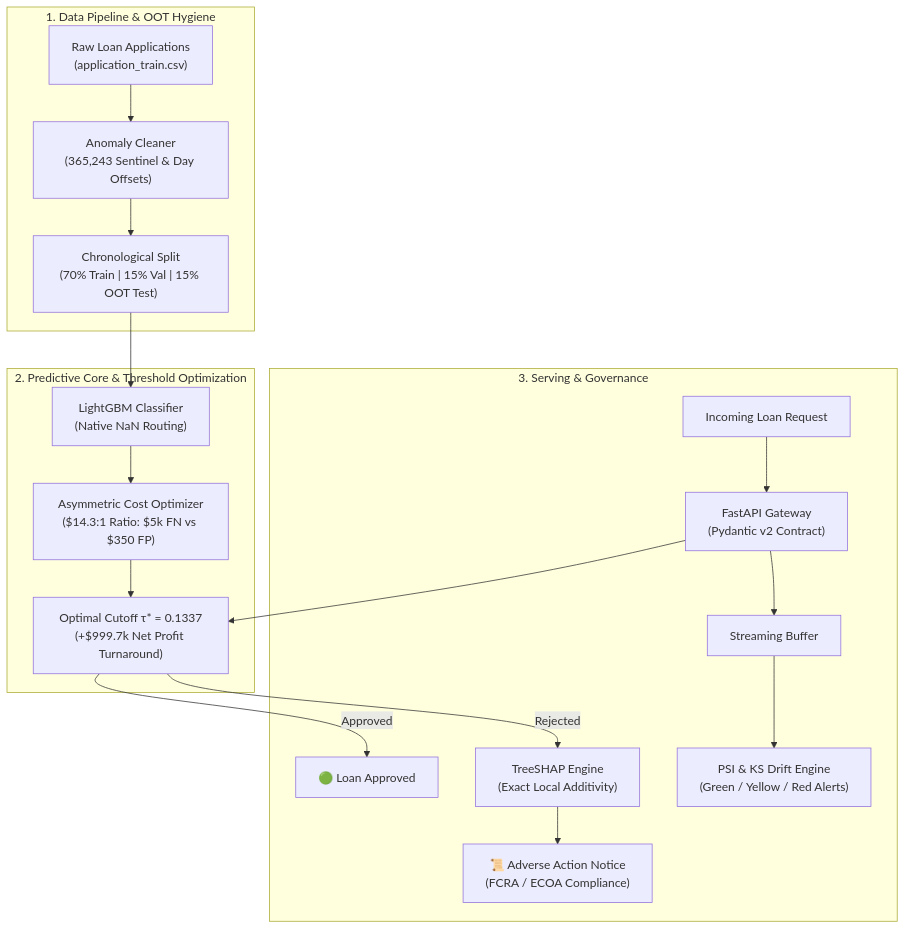
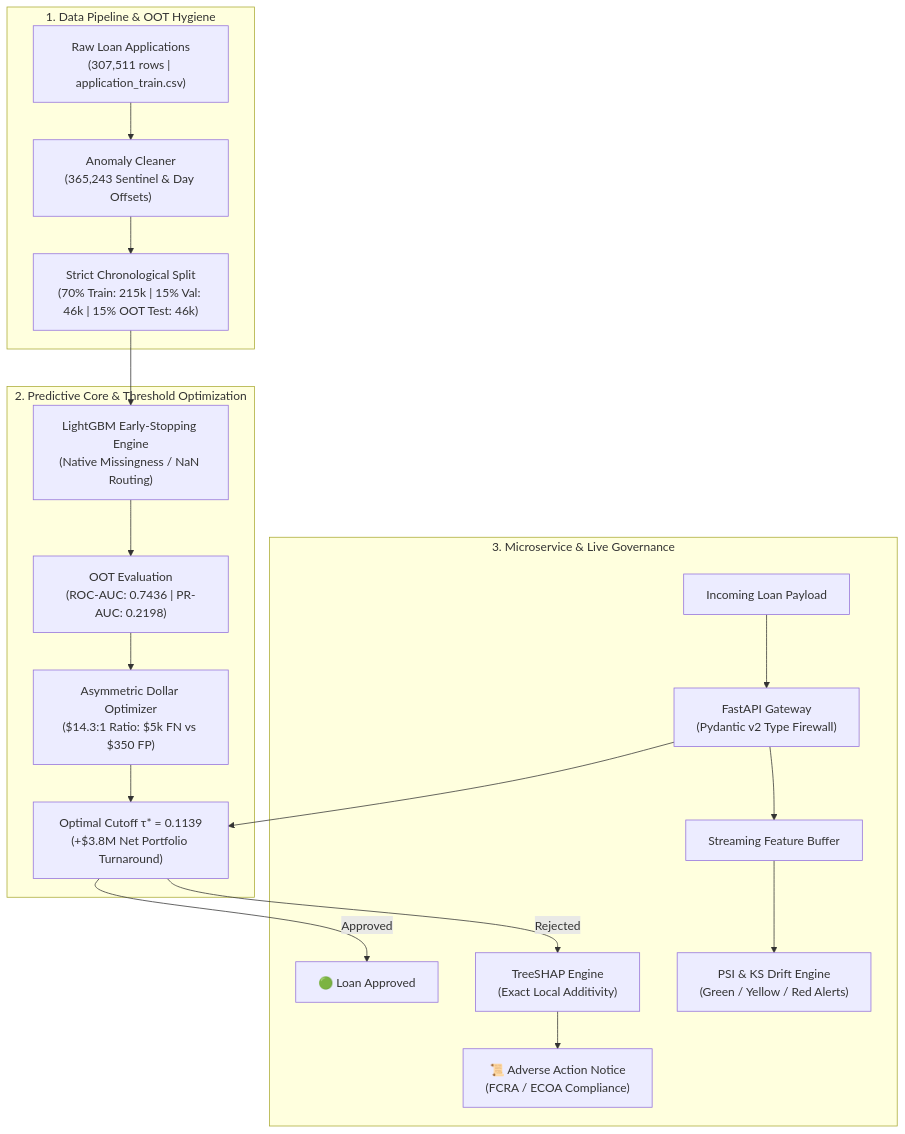
One commit to AadiSingh0805/Data-Science changed the diagram in Enterprise Credit Risk & Production Drift Monitoring Engine/README.md. Above: the diagram before and after it, drawn with Mermaid. The commit also changed other lines of this file, not shown here.

Commit message:
Update README with full 307k benchmark metrics, .8M uplift, and Docker architecture

````diff
--- a/Enterprise Credit Risk & Production Drift Monitoring Engine/README.md
+++ b/Enterprise Credit Risk & Production Drift Monitoring Engine/README.md
@@ -15,23 +16,24 @@
 ```mermaid
 flowchart TD
     subgraph Data_Pipeline["1. Data Pipeline & OOT Hygiene"]
-        Raw["Raw Loan Applications<br/>(application_train.csv)"] --> Clean["Anomaly Cleaner<br/>(365,243 Sentinel & Day Offsets)"]
-        Clean --> OOT["Chronological Split<br/>(70% Train | 15% Val | 15% OOT Test)"]
+        Raw["Raw Loan Applications<br/>(307,511 rows | application_train.csv)"] --> Clean["Anomaly Cleaner<br/>(365,243 Sentinel & Day Offsets)"]
+        Clean --> OOT["Strict Chronological Split<br/>(70% Train: 215k | 15% Val: 46k | 15% OOT Test: 46k)"]
     end
 
     subgraph Modeling_Core["2. Predictive Core & Threshold Optimization"]
-        OOT --> LGBM["LightGBM Classifier<br/>(Native NaN Routing)"]
-        LGBM --> CostMatrix["Asymmetric Cost Optimizer<br/>($14.3:1 Ratio: $5k FN vs $350 FP)"]
-        CostMatrix --> OptimalTau["Optimal Cutoff τ* = 0.1337<br/>(+$999.7k Net Profit Turnaround)"]
+        OOT --> LGBM["LightGBM Early-Stopping Engine<br/>(Native Missingness / NaN Routing)"]
+        LGBM --> Metrics["OOT Evaluation<br/>(ROC-AUC: 0.7436 | PR-AUC: 0.2198)"]
+        Metrics --> CostMatrix["Asymmetric Dollar Optimizer<br/>($14.3:1 Ratio: $5k FN vs $350 FP)"]
+        CostMatrix --> OptimalTau["Optimal Cutoff τ* = 0.1139<br/>(+$3.8M Net Portfolio Turnaround)"]
     end
 
-    subgraph Production_Serving["3. Serving & Governance"]
-        Client["Incoming Loan Request"] --> Gateway["FastAPI Gateway<br/>(Pydantic v2 Contract)"]
+    subgraph Production_Serving["3. Microservice & Live Governance"]
+        Client["Incoming Loan Payload"] --> Gateway["FastAPI Gateway<br/>(Pydantic v2 Type Firewall)"]
         Gateway --> OptimalTau
         OptimalTau -->|Approved| Pass["🟢 Loan Approved"]
         OptimalTau -->|Rejected| SHAP["TreeSHAP Engine<br/>(Exact Local Additivity)"]
         SHAP --> AAN["📜 Adverse Action Notice<br/>(FCRA / ECOA Compliance)"]
-        Gateway --> Drift["Streaming Buffer"]
-        Drift --> PSI["PSI & KS Drift Engine<br/>(Green / Yellow / Red Alerts)"]
+        Gateway --> DriftBuffer["Streaming Feature Buffer"]
+        DriftBuffer --> PSI["PSI & KS Drift Engine<br/>(Green / Yellow / Red Alerts)"]
     end
 ```
````
